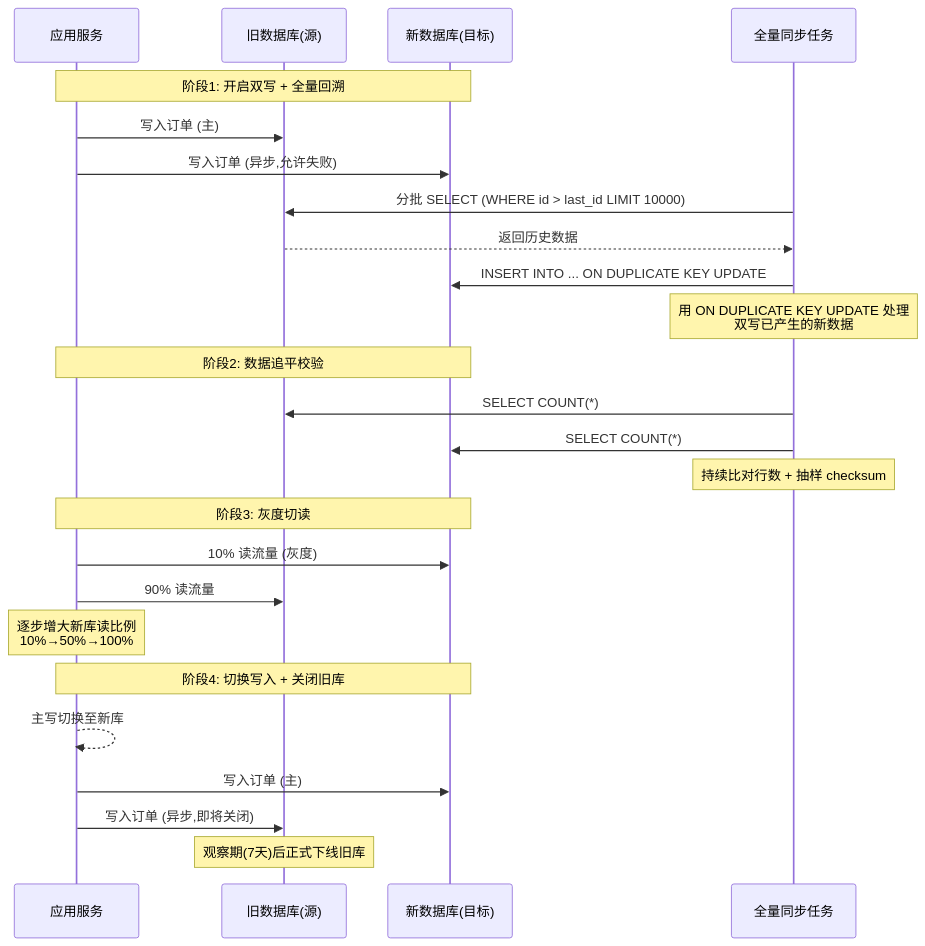
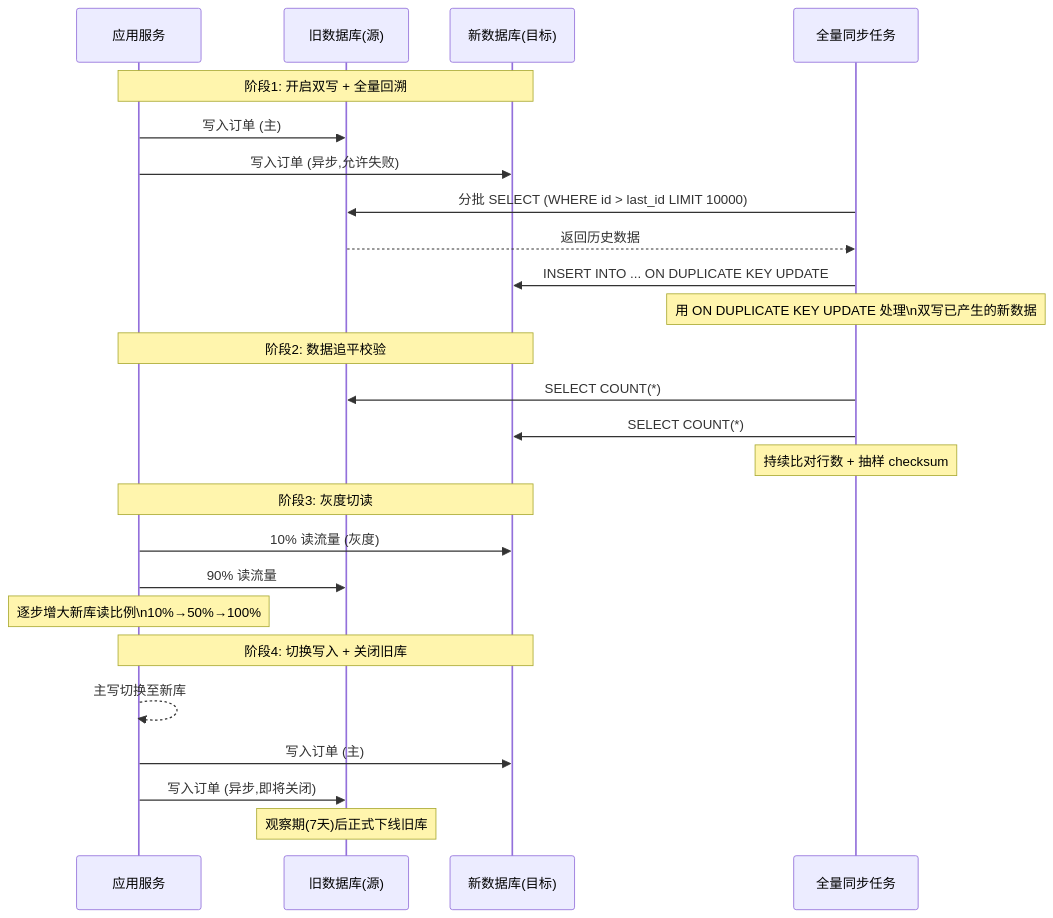
Before and after one commit to yaocat55/yaocat55.github.io: the third of 9 diagrams in content/posts/database/DatabaseMigration.md, drawn with Mermaid. The commit also changed other lines of this file and 155 other files, not shown here.

````diff
--- a/content/posts/database/DatabaseMigration.md
+++ b/content/posts/database/DatabaseMigration.md
@@ -136,35 +136,35 @@
 ```mermaid
 sequenceDiagram
     participant APP as 应用服务
     participant OLD as 旧数据库(源)
     participant NEW as 新数据库(目标)
     participant SYNC as 全量同步任务
 
     Note over APP,NEW: 阶段1: 开启双写 + 全量回溯
 
     APP->>OLD: 写入订单 (主)
     APP->>NEW: 写入订单 (异步,允许失败)
     SYNC->>OLD: 分批 SELECT (WHERE id > last_id LIMIT 10000)
     OLD-->>SYNC: 返回历史数据
     SYNC->>NEW: INSERT INTO ... ON DUPLICATE KEY UPDATE
-    Note over SYNC: 用 ON DUPLICATE KEY UPDATE 处理<br/>双写已产生的新数据
+    Note over SYNC: 用 ON DUPLICATE KEY UPDATE 处理\n双写已产生的新数据
 
     Note over APP,NEW: 阶段2: 数据追平校验
 
     SYNC->>OLD: SELECT COUNT(*)
     SYNC->>NEW: SELECT COUNT(*)
     Note over SYNC: 持续比对行数 + 抽样 checksum
 
     Note over APP,NEW: 阶段3: 灰度切读
 
     APP->>NEW: 10% 读流量 (灰度)
     APP->>OLD: 90% 读流量
-    Note over APP: 逐步增大新库读比例<br/>10%→50%→100%
+    Note over APP: 逐步增大新库读比例\n10%→50%→100%
 
     Note over APP,NEW: 阶段4: 切换写入 + 关闭旧库
 
     APP-->>APP: 主写切换至新库
     APP->>NEW: 写入订单 (主)
     APP->>OLD: 写入订单 (异步,即将关闭)
     Note over OLD: 观察期(7天)后正式下线旧库
 ```
````
